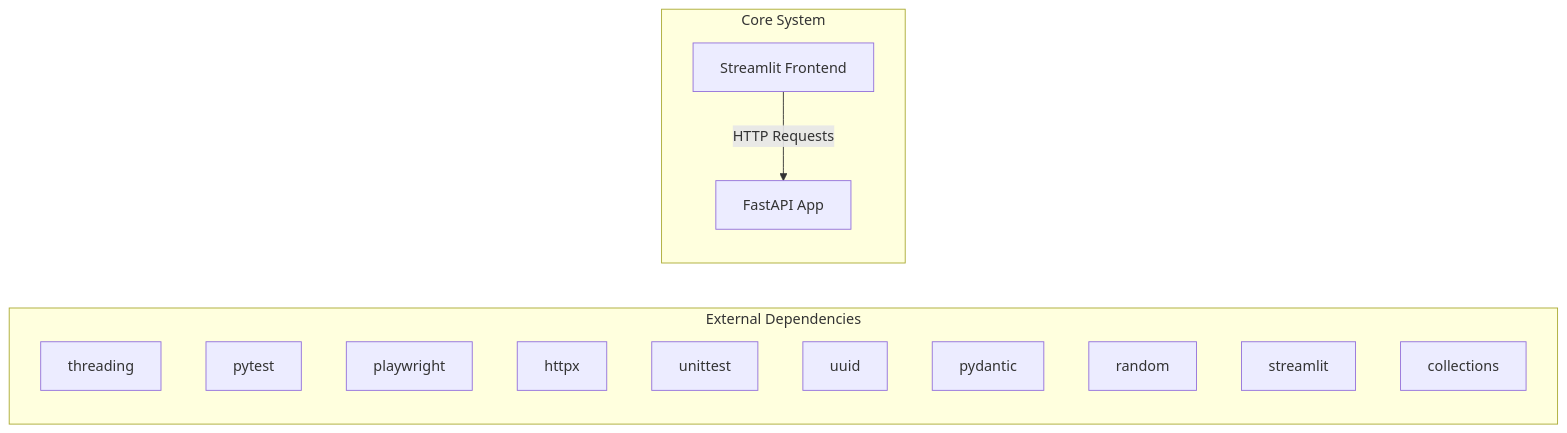
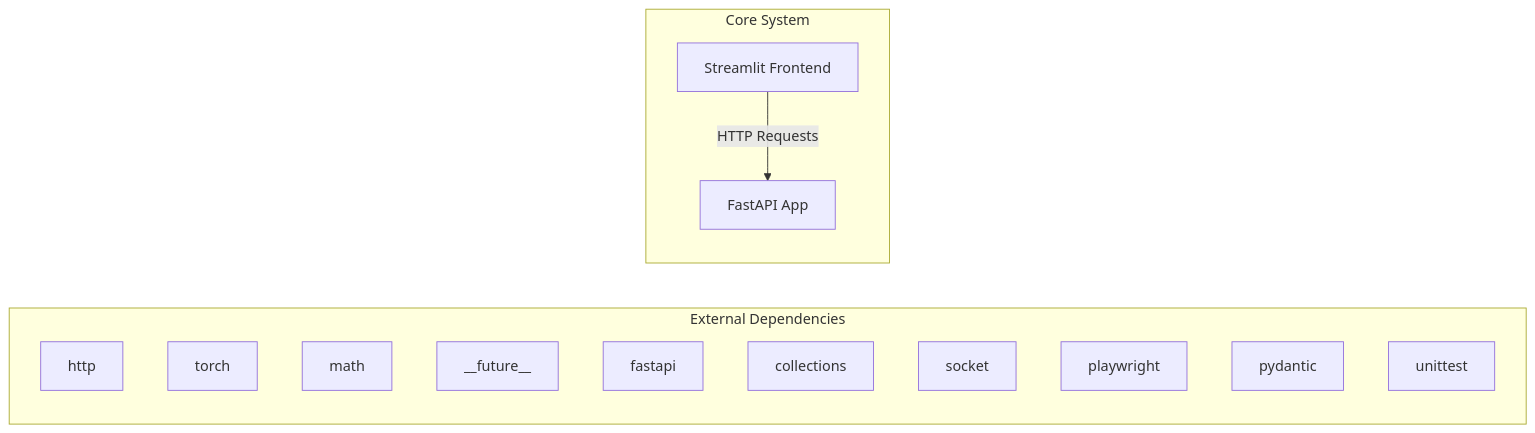
Before and after one commit to NITISH-R-G/rag-context-optimizer: the first of 2 diagrams in docs/architecture.md, drawn with Mermaid. The commit also changed other lines of this file and 1 other file, not shown here.

Commit message:
docs: auto-update repository knowledge, architecture diagrams, and documentation

````diff
--- a/docs/architecture.md
+++ b/docs/architecture.md
@@ -7,20 +7,20 @@
 ```mermaid
 graph LR
     subgraph External Dependencies
-        E0["threading"]
-        E1["pytest"]
-        E2["playwright"]
-        E3["httpx"]
-        E4["unittest"]
-        E5["uuid"]
-        E6["pydantic"]
-        E7["random"]
-        E8["streamlit"]
-        E9["collections"]
+        E0["http"]
+        E1["torch"]
+        E2["math"]
+        E3["__future__"]
+        E4["fastapi"]
+        E5["collections"]
+        E6["socket"]
+        E7["playwright"]
+        E8["pydantic"]
+        E9["unittest"]
     end
     subgraph Core System
         API["FastAPI App"]
         UI["Streamlit Frontend"]
     end
     UI -->|HTTP Requests| API
 ```
````
